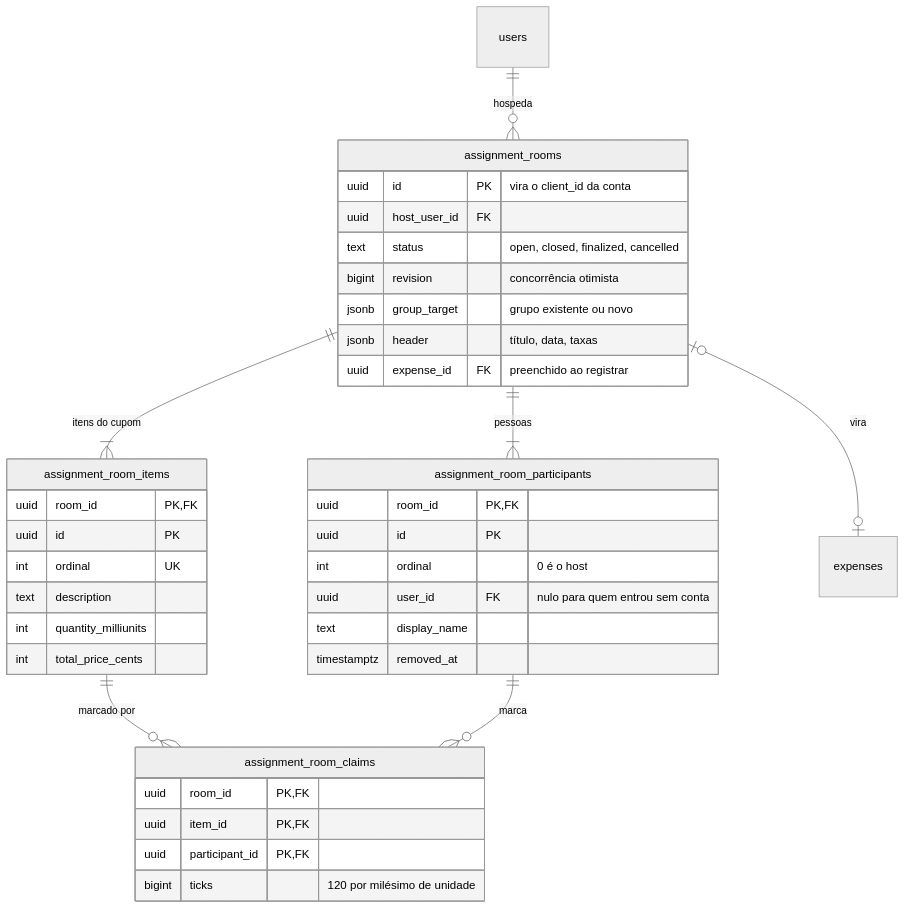
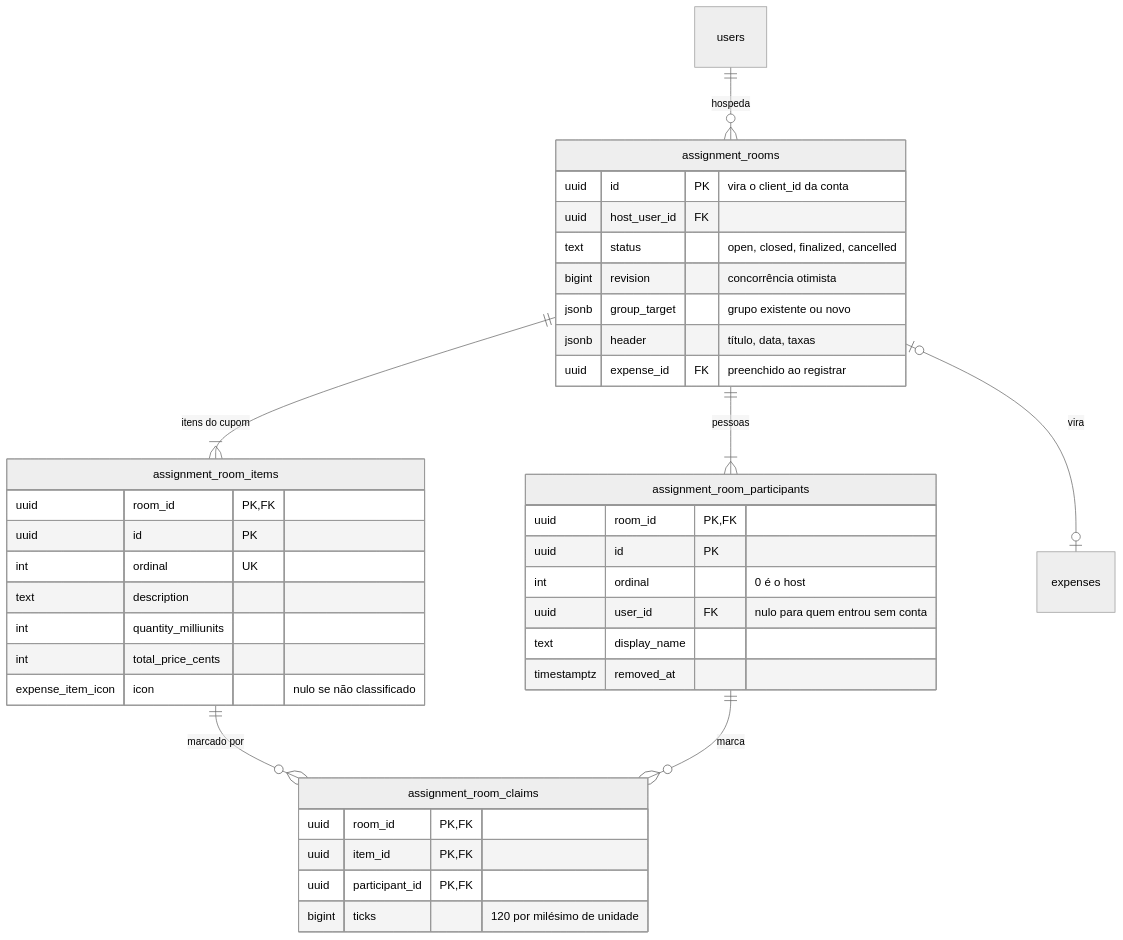
One commit to tprei/dividimos changed the eighth of 9 diagrams in README.md. Above: the diagram before and after it, drawn with Mermaid (neutral theme). The commit also changed 7 other files, not shown here.

````diff
--- a/README.md
+++ b/README.md
@@ -373,41 +373,42 @@
 ```mermaid
 erDiagram
     users ||--o{ assignment_rooms : "hospeda"
     assignment_rooms ||--|{ assignment_room_items : "itens do cupom"
     assignment_rooms ||--|{ assignment_room_participants : "pessoas"
     assignment_room_items ||--o{ assignment_room_claims : "marcado por"
     assignment_room_participants ||--o{ assignment_room_claims : "marca"
     assignment_rooms |o--o| expenses : "vira"
 
     assignment_rooms {
         uuid id PK "vira o client_id da conta"
         uuid host_user_id FK
         text status "open, closed, finalized, cancelled"
         bigint revision "concorrência otimista"
         jsonb group_target "grupo existente ou novo"
         jsonb header "título, data, taxas"
         uuid expense_id FK "preenchido ao registrar"
     }
     assignment_room_items {
         uuid room_id PK, FK
         uuid id PK
         int ordinal UK
         text description
         int quantity_milliunits
         int total_price_cents
+        expense_item_icon icon "nulo se não classificado"
     }
     assignment_room_participants {
         uuid room_id PK, FK
         uuid id PK
         int ordinal "0 é o host"
         uuid user_id FK "nulo para quem entrou sem conta"
         text display_name
         timestamptz removed_at
     }
     assignment_room_claims {
         uuid room_id PK, FK
         uuid item_id PK, FK
         uuid participant_id PK, FK
         bigint ticks "120 por milésimo de unidade"
     }
 ```
````
